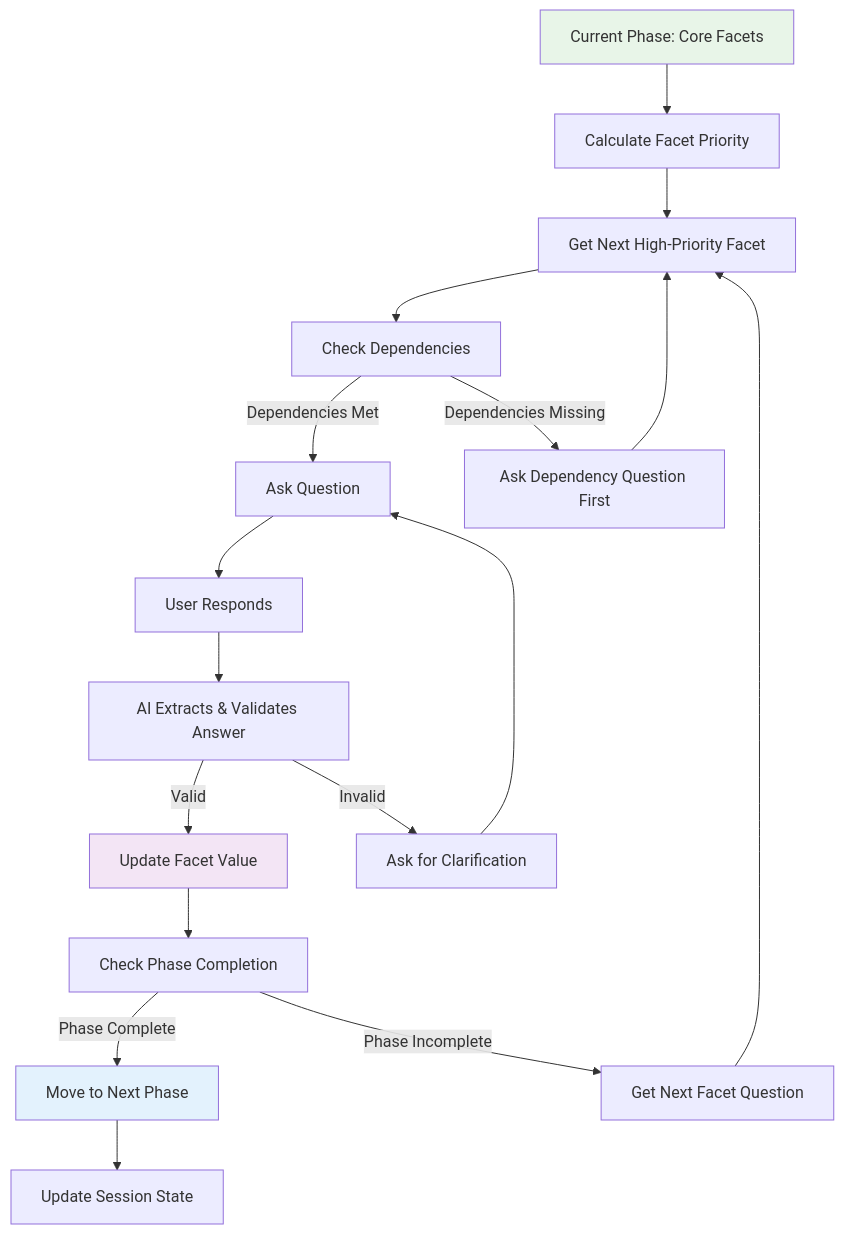
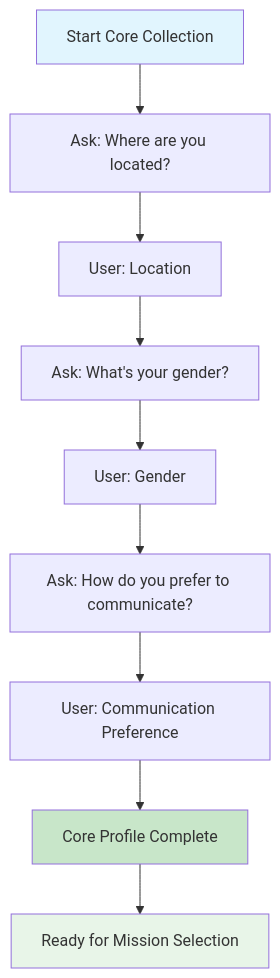
One commit to bilalAIDeveloper/new-feat-test changed the third of 9 diagrams in README.md. Above: the diagram before and after it, drawn with Mermaid. The commit also changed other lines of this file, not shown here.

````diff
--- a/README.md
+++ b/README.md
@@ -50,22 +50,15 @@
 ```mermaid
 graph TD
-    A[Current Phase: Core Facets] --> B[Calculate Facet Priority]
-    B --> C[Get Next High-Priority Facet]
-    C --> D[Check Dependencies]
-    D -->|Dependencies Met| E[Ask Question]
-    D -->|Dependencies Missing| F[Ask Dependency Question First]
-    E --> G[User Responds]
-    G --> H[AI Extracts & Validates Answer]
-    H -->|Valid| I[Update Facet Value]
-    H -->|Invalid| J[Ask for Clarification]
-    I --> K[Check Phase Completion]
-    K -->|Phase Complete| L[Move to Next Phase]
-    K -->|Phase Incomplete| M[Get Next Facet Question]
-    L --> N[Update Session State]
-    M --> C
-    J --> E
-    F --> C
-    style A fill:#e8f5e8
-    style L fill:#e3f2fd
-    style I fill:#f3e5f5
+    A[Start Core Collection] --> B[Ask: Where are you located?]
+    B --> C[User: Location]
+    C --> D[Ask: What's your gender?]
+    D --> E[User: Gender]
+    E --> F[Ask: How do you prefer to communicate?]
+    F --> G[User: Communication Preference]
+    G --> H[Core Profile Complete]
+    H --> I[Ready for Mission Selection]
+    
+    style A fill:#e1f5fe
+    style I fill:#e8f5e8
+    style H fill:#c8e6c9
 ```
````
